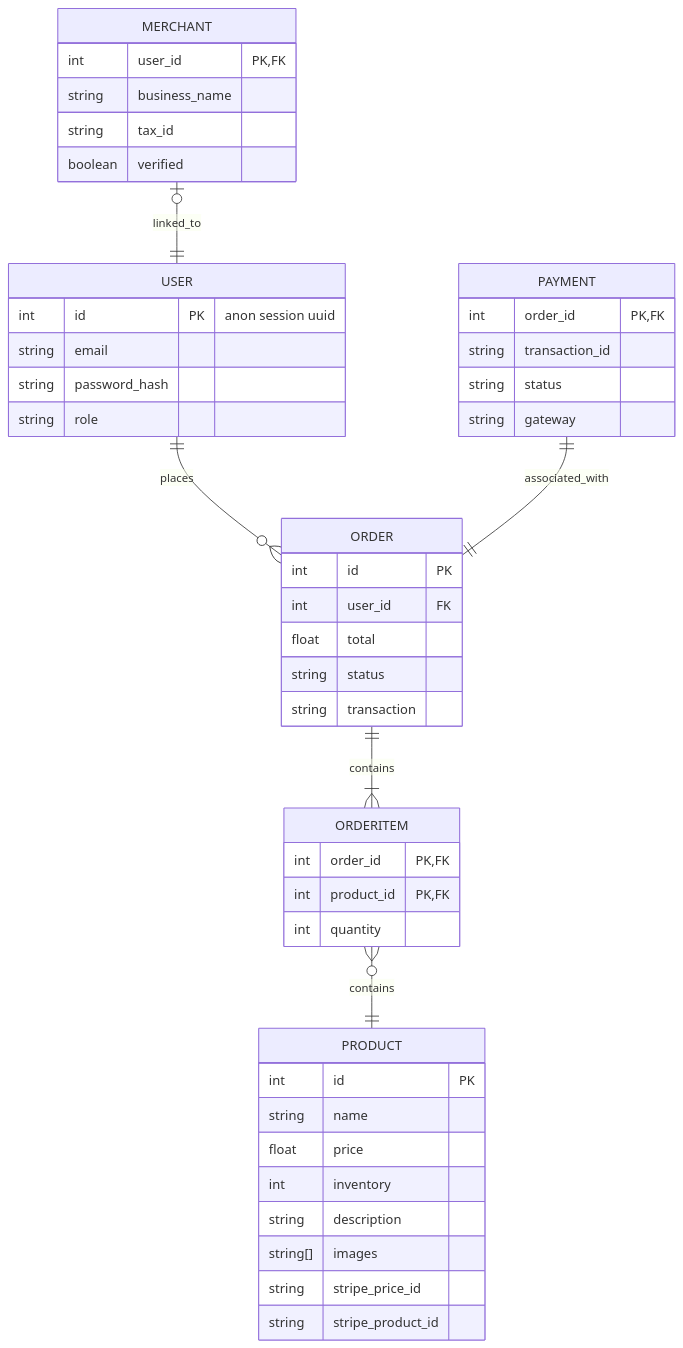
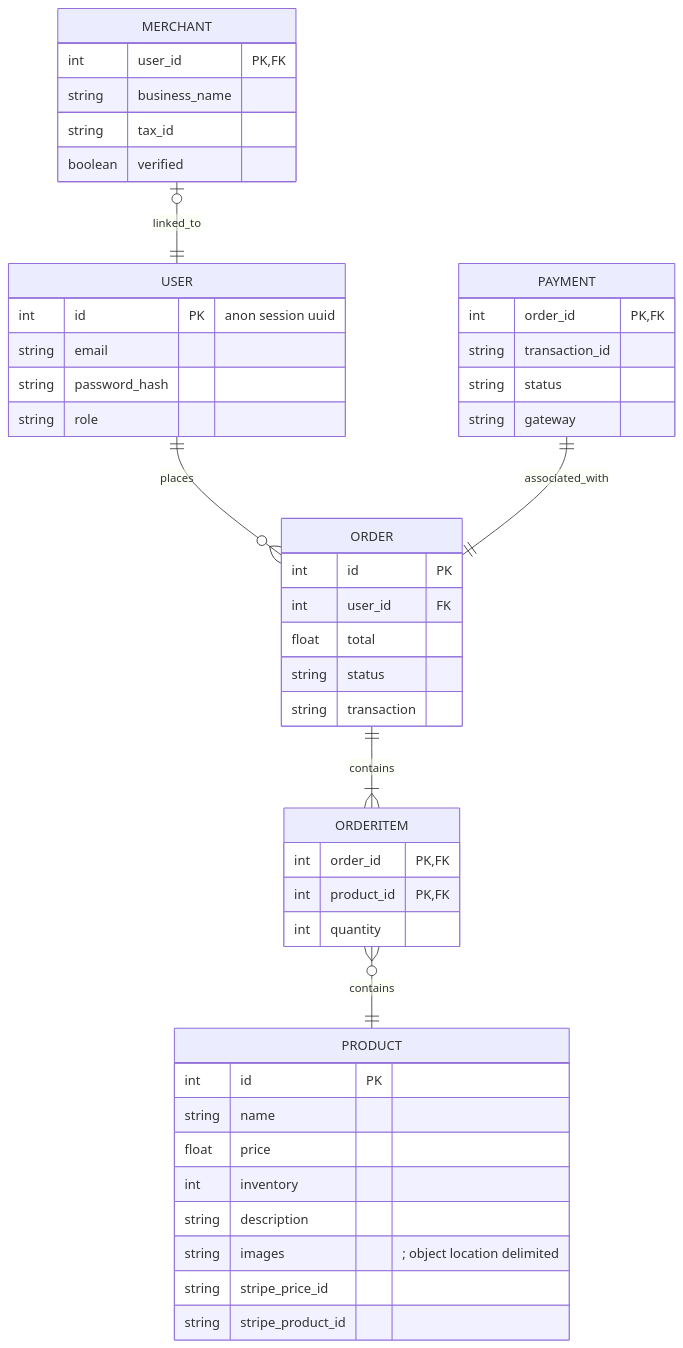
One commit to CS464-ECOMMERCE/ecommerce-app changed the diagram in README.md. Above: the diagram before and after it, drawn with Mermaid. The commit also changed 12 other files, not shown here.

````diff
--- a/README.md
+++ b/README.md
@@ -14,57 +14,57 @@
 ```mermaid
 erDiagram
         USER ||--o{ ORDER : places
         USER {
             int id PK "anon session uuid"
             string email
             string password_hash
             string role
         }
 
         %% MERCHANT ||--o{ PRODUCT : sells
         MERCHANT |o--|| USER : linked_to
         MERCHANT {
             int user_id PK, FK  
             string business_name
             string tax_id
             boolean verified
         }
 
         %% PRODUCT ||--o{ REVIEW : reviewed_by
         ORDER ||--|{ ORDERITEM : contains
         PRODUCT {
             int id PK
             %% int merchant_id FK
             %% int category_id FK
             string name
             float price
             int inventory
             string description
-            string[] images
+            string images "; object location delimited"
             string stripe_price_id
             string stripe_product_id
         }
         
         ORDER {
             int id PK
             int user_id FK
             float total
             string status
             string transaction
         }
 
         ORDERITEM }o--|| PRODUCT: contains
         ORDERITEM {
             int order_id PK, FK
             int product_id PK, FK
             int quantity
         }
 
         PAYMENT ||--|| ORDER : associated_with
         PAYMENT {
             int order_id PK, FK
             string transaction_id
             string status
             string gateway
         }
 ```
````
